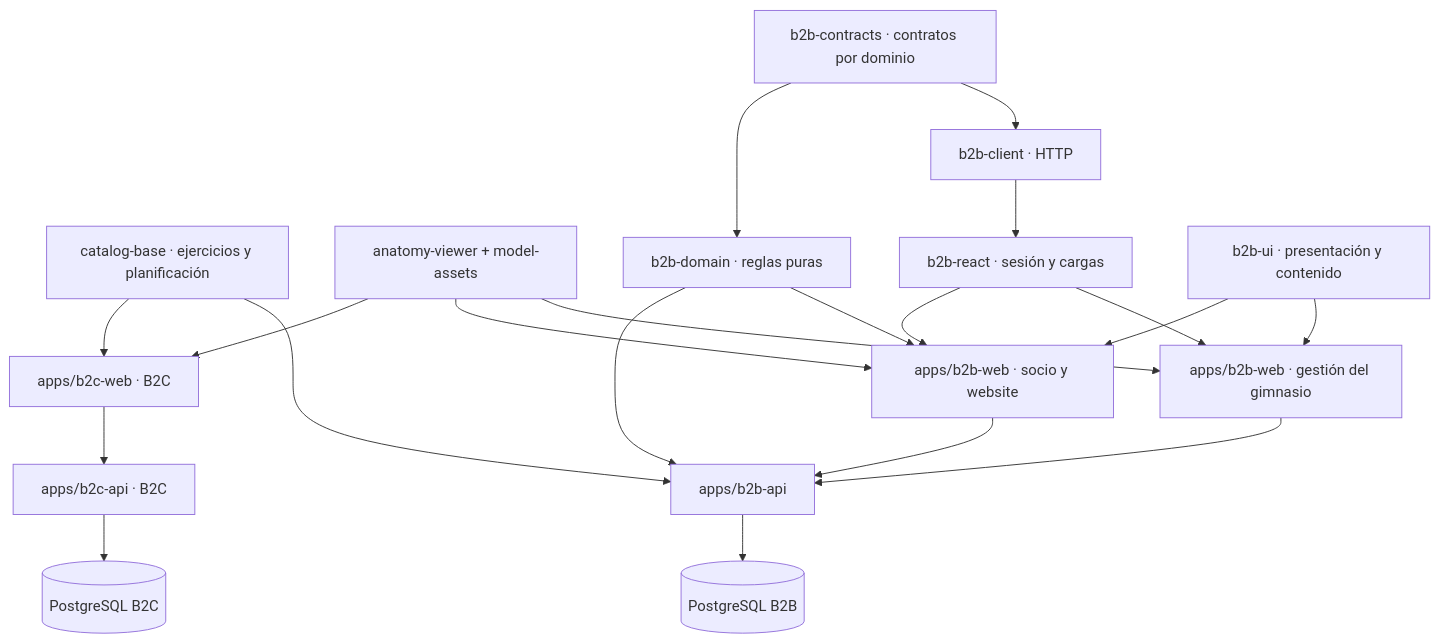
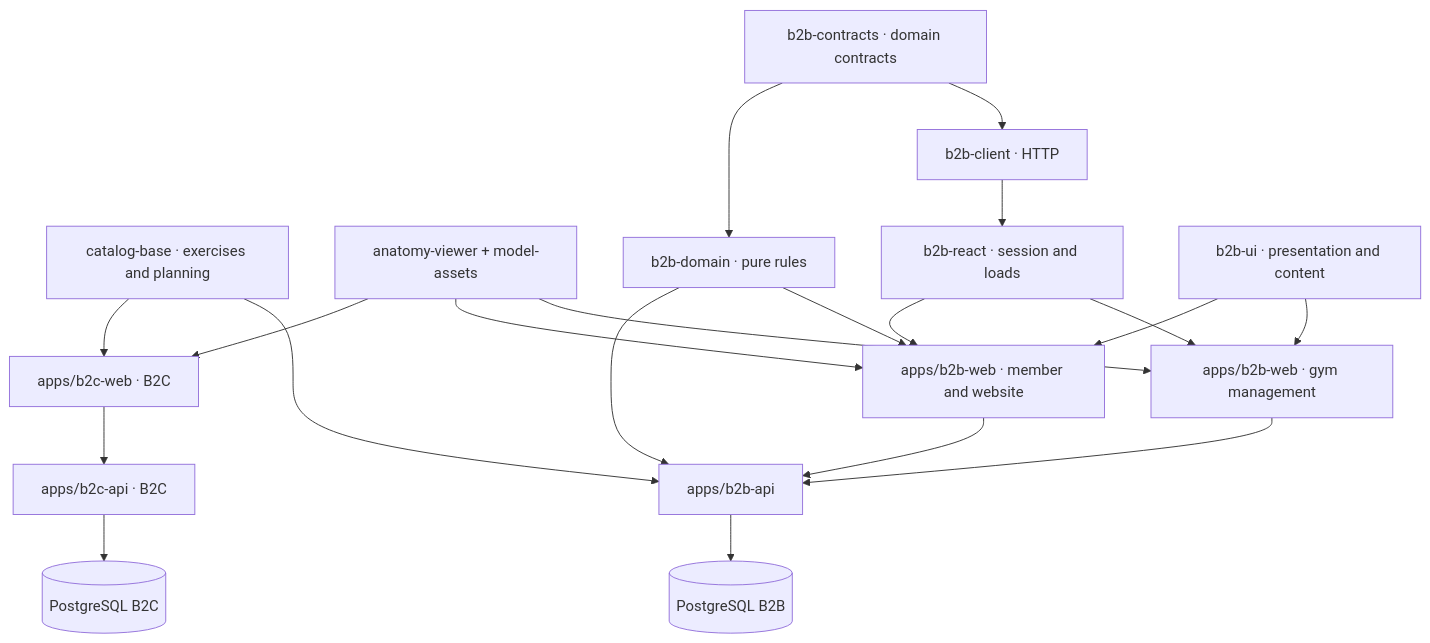
One commit to pablitxn/klisteniapp changed the diagram in docs/b2b.md. Above: the diagram before and after it, drawn with Mermaid. The commit also changed other lines of this file and 30 other files, not shown here.

````diff
--- a/docs/b2b.md
+++ b/docs/b2b.md
@@ -17,22 +28,22 @@
 ```mermaid
 flowchart TB
-  Catalog["catalog-base · ejercicios y planificación"] --> B2C["apps/b2c-web · B2C"]
+  Catalog["catalog-base · exercises and planning"] --> B2C["apps/b2c-web · B2C"]
   Viewer["anatomy-viewer + model-assets"] --> B2C
   Catalog --> Business["apps/b2b-api"]
-  Viewer --> Member["apps/b2b-web · socio y website"]
-  Viewer --> Office["apps/b2b-web · gestión del gimnasio"]
-  Contracts["b2b-contracts · contratos por dominio"] --> Domain["b2b-domain · reglas puras"]
+  Viewer --> Member["apps/b2b-web · member and website"]
+  Viewer --> Office["apps/b2b-web · gym management"]
+  Contracts["b2b-contracts · domain contracts"] --> Domain["b2b-domain · pure rules"]
   Contracts --> Client["b2b-client · HTTP"]
-  Client --> React["b2b-react · sesión y cargas"]
+  Client --> React["b2b-react · session and loads"]
   React --> Member
   React --> Office
   Domain --> Business
   Domain --> Member
-  UI["b2b-ui · presentación y contenido"] --> Member
+  UI["b2b-ui · presentation and content"] --> Member
   UI --> Office
   Member --> Business
   Office --> Business
   Business --> BDB[(PostgreSQL B2B)]
   B2C --> API["apps/b2c-api · B2C"]
   API --> CDB[(PostgreSQL B2C)]
 ```
````
